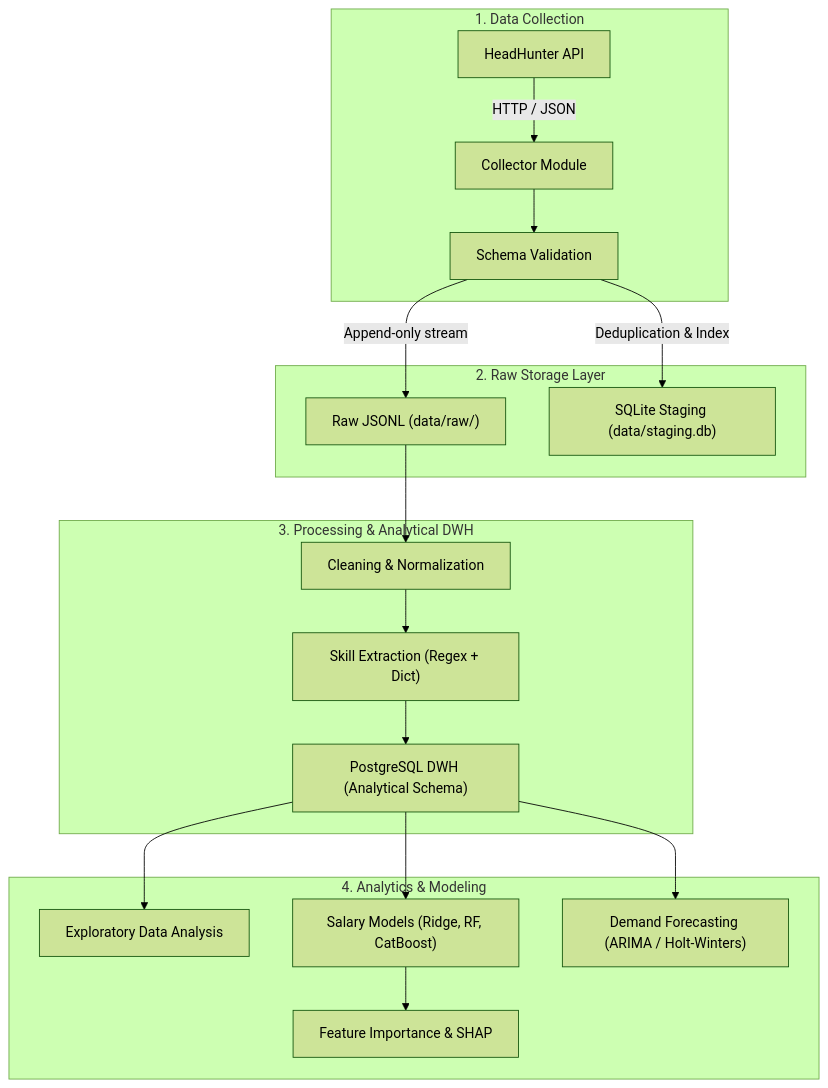
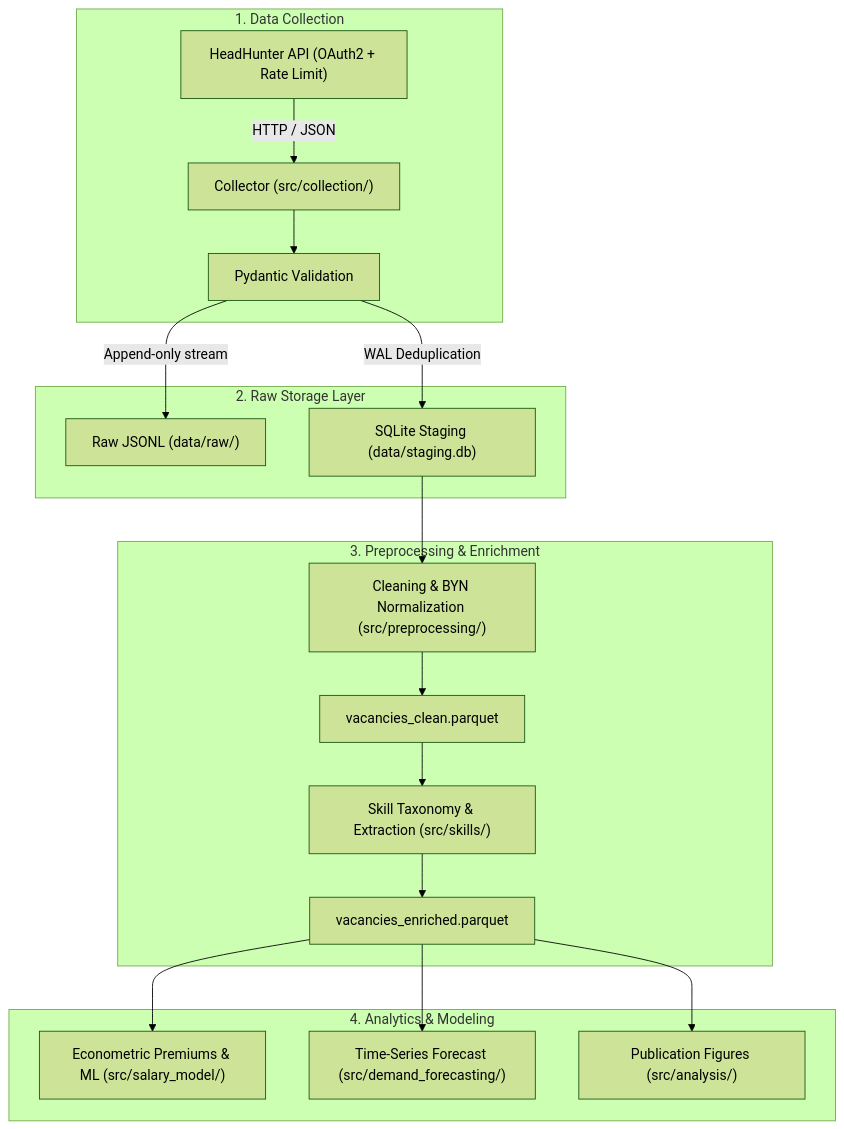
Before and after one commit to tarasssevich/jobPulse: the diagram in README.md, drawn with Mermaid (forest theme). The commit also changed other lines of this file, not shown here.

````diff
--- a/README.md
+++ b/README.md
@@ -19,25 +67,25 @@
 ```mermaid
 flowchart TD
     subgraph S1["1. Data Collection"]
-        HH["HeadHunter API"] -->|HTTP / JSON| Fetcher["Collector Module"]
-        Fetcher --> Val["Schema Validation"]
+        HH["HeadHunter API (OAuth2 + Rate Limit)"] -->|HTTP / JSON| Fetcher["Collector (src/collection/)"]
+        Fetcher --> Val["Pydantic Validation"]
     end
 
     subgraph S2["2. Raw Storage Layer"]
         Val -->|Append-only stream| JSONL["Raw JSONL (data/raw/)"]
-        Val -->|Deduplication & Index| SQLite["SQLite Staging (data/staging.db)"]
+        Val -->|WAL Deduplication| SQLite["SQLite Staging (data/staging.db)"]
     end
 
-    subgraph S3["3. Processing & Analytical DWH"]
-        JSONL --> Norm["Cleaning & Normalization"]
-        Norm --> Extractor["Skill Extraction (Regex + Dict)"]
-        Extractor --> PG["PostgreSQL DWH (Analytical Schema)"]
+    subgraph S3["3. Preprocessing & Enrichment"]
+        SQLite --> Norm["Cleaning & BYN Normalization (src/preprocessing/)"]
+        Norm --> Clean["vacancies_clean.parquet"]
+        Clean --> Extractor["Skill Taxonomy & Extraction (src/skills/)"]
+        Extractor --> Enriched["vacancies_enriched.parquet"]
     end
 
     subgraph S4["4. Analytics & Modeling"]
-        PG --> EDA["Exploratory Data Analysis"]
-        PG --> Reg["Salary Models (Ridge, RF, CatBoost)"]
-        PG --> Forecast["Demand Forecasting (ARIMA / Holt-Winters)"]
-        Reg --> SHAP["Feature Importance & SHAP"]
+        Enriched --> Econ["Econometric Premiums & ML (src/salary_model/)"]
+        Enriched --> Forecast["Time-Series Forecast (src/demand_forecasting/)"]
+        Enriched --> Viz["Publication Figures (src/analysis/)"]
     end
 ```
````
